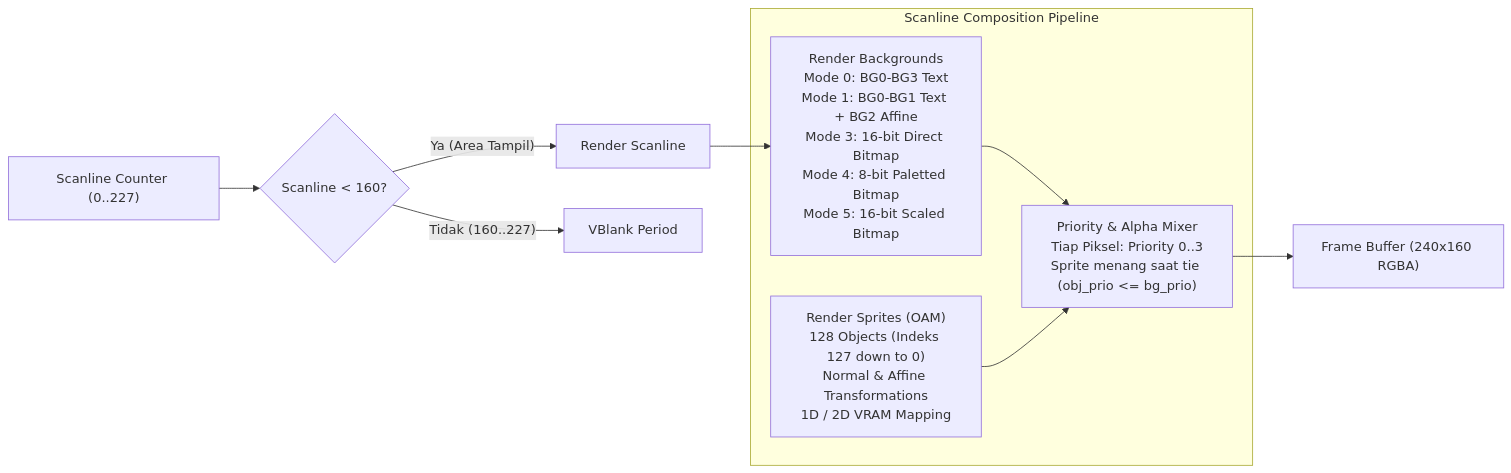
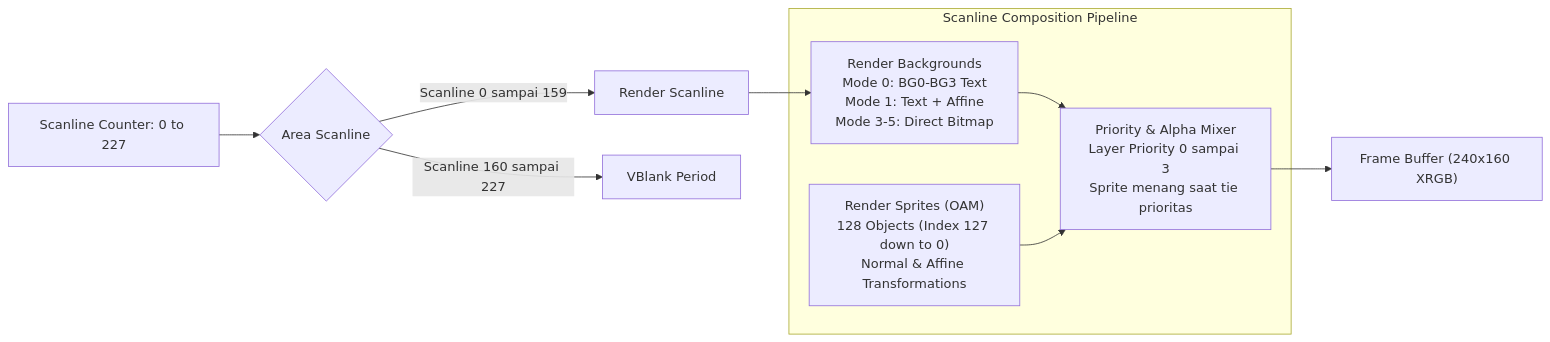
The third of 6 diagrams in README.md (Haikal55/OxideAdvance), drawn with Mermaid before and after one commit. The commit also changed other lines of this file, not shown here.

Commit message:
docs: fix Mermaid syntax and math formatting for GitHub rich display

````diff
--- a/README.md
+++ b/README.md
@@ -251,17 +239,17 @@
 ```mermaid
 flowchart LR
-    Scanline["Scanline Counter (0..227)"] --> Check{"Scanline < 160?"}
-    Check -->|"Ya (Area Tampil)"| Render["Render Scanline"]
-    Check -->|"Tidak (160..227)"| VBlank["VBlank Period"]
+    Scanline["Scanline Counter: 0 to 227"] --> Check{"Area Scanline"}
+    Check -->|"Scanline 0 sampai 159"| Render["Render Scanline"]
+    Check -->|"Scanline 160 sampai 227"| VBlank["VBlank Period"]
 
-    subgraph "Scanline Composition Pipeline"
-        BG["Render Backgrounds<br/>Mode 0: BG0-BG3 Text<br/>Mode 1: BG0-BG1 Text + BG2 Affine<br/>Mode 3: 16-bit Direct Bitmap<br/>Mode 4: 8-bit Paletted Bitmap<br/>Mode 5: 16-bit Scaled Bitmap"]
-        OBJ["Render Sprites (OAM)<br/>128 Objects (Indeks 127 down to 0)<br/>Normal & Affine Transformations<br/>1D / 2D VRAM Mapping"]
-        Mixer["Priority & Alpha Mixer<br/>Tiap Piksel: Priority 0..3<br/>Sprite menang saat tie (obj_prio <= bg_prio)"]
+    subgraph COMP["Scanline Composition Pipeline"]
+        BG["Render Backgrounds<br/>Mode 0: BG0-BG3 Text<br/>Mode 1: Text + Affine<br/>Mode 3-5: Direct Bitmap"]
+        OBJ["Render Sprites (OAM)<br/>128 Objects (Index 127 down to 0)<br/>Normal & Affine Transformations"]
+        Mixer["Priority & Alpha Mixer<br/>Layer Priority 0 sampai 3<br/>Sprite menang saat tie prioritas"]
         BG --> Mixer
         OBJ --> Mixer
     end
 
     Render --> BG
-    Mixer --> FB["Frame Buffer (240x160 RGBA)"]
+    Mixer --> FB["Frame Buffer (240x160 XRGB)"]
 ```
````
